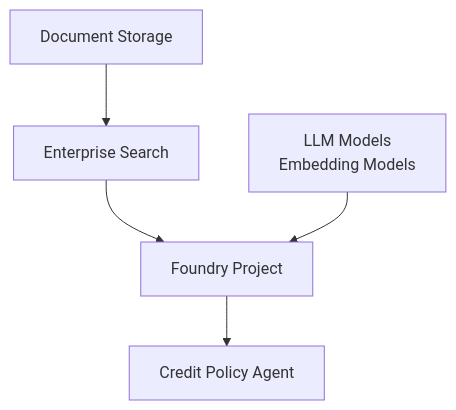
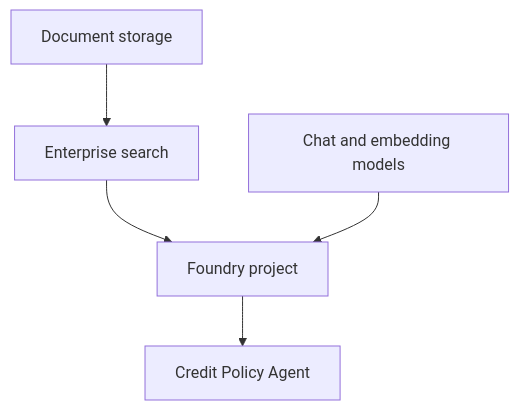
The fifth of 6 diagrams in README.md (kborovik/azure-ai-foundry), drawn with Mermaid before and after one commit. The commit also changed other lines of this file, not shown here.

Commit message:
docs: clarify architecture diagrams and terminology in README

````diff
--- a/README.md
+++ b/README.md
@@ -86,7 +95,7 @@
 ```mermaid
 flowchart TB
-  Store[Document Storage] --> Search[Enterprise Search]
-  Search --> Project[Foundry Project]
-  Models[LLM Models<br/>Embedding Models] --> Project
+  Store[Document storage] --> Search[Enterprise search]
+  Search --> Project[Foundry project]
+  Models[Chat and embedding models] --> Project
   Project --> Agent[Credit Policy Agent]
 ```
````
